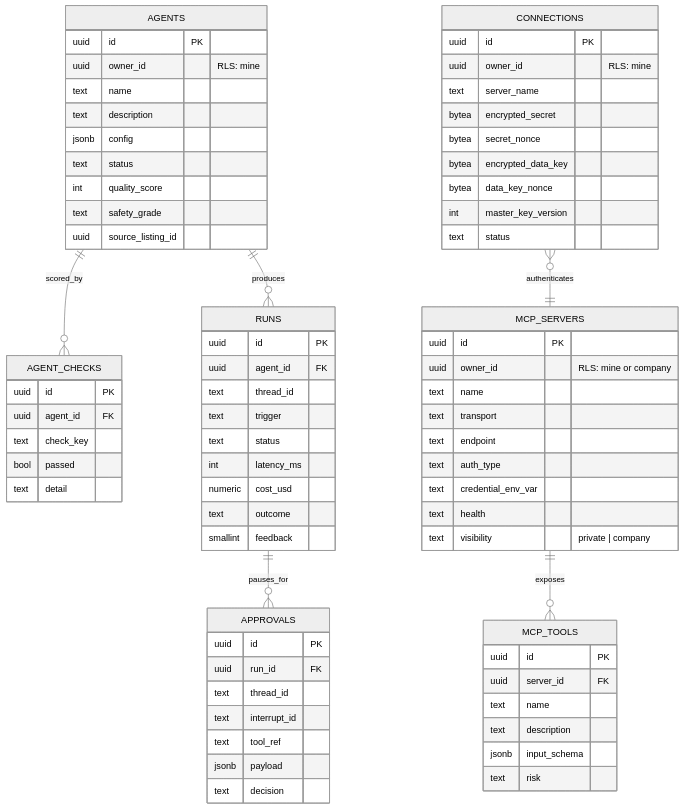
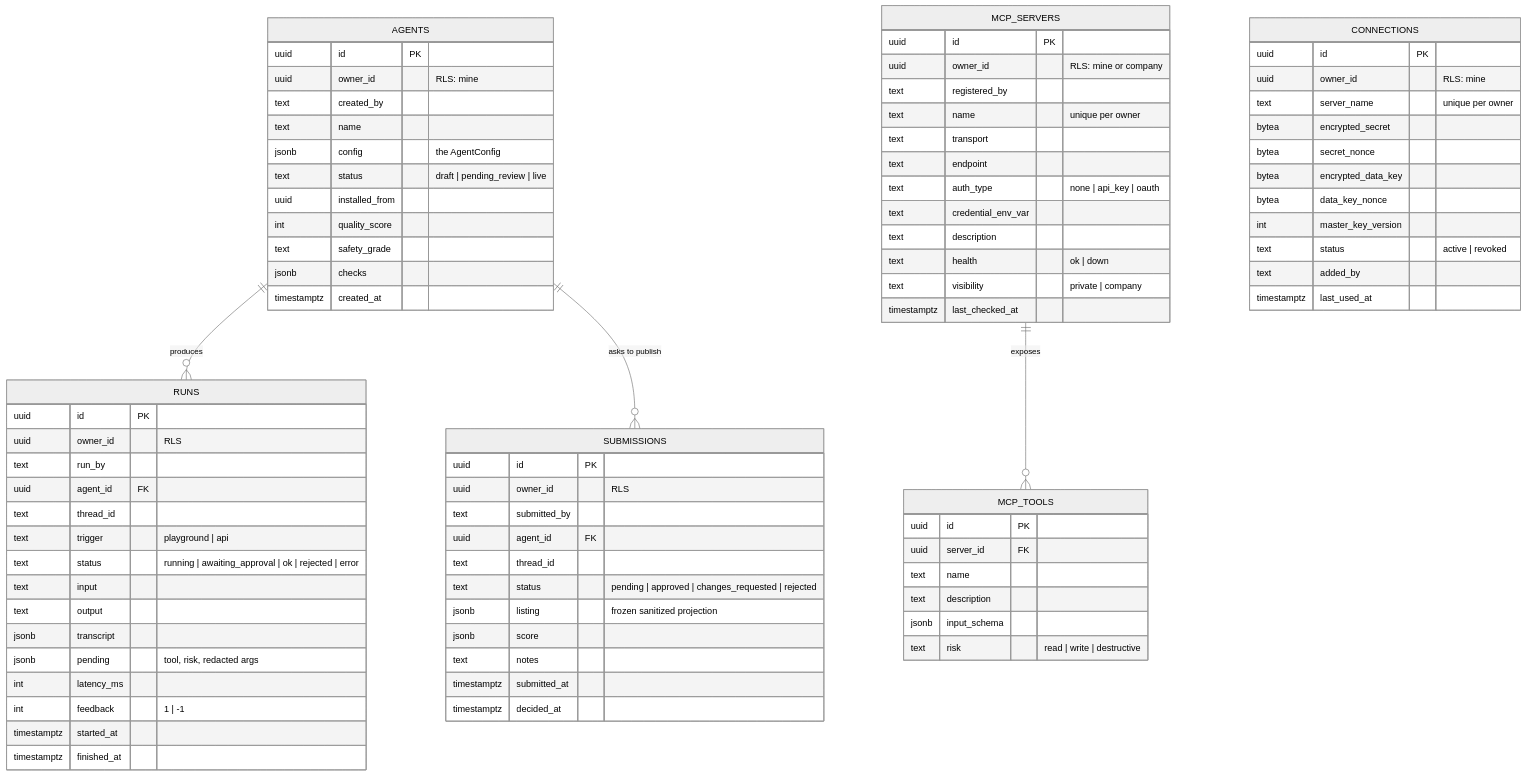
Diagram 11 of 15 in docs/DESIGN.md (Shivanilarokar/AgentPlatformCapstone), drawn with Mermaid (neutral theme) before and after one commit. The commit also changed other lines of this file and 44 other files, not shown here.

Commit message:
Builder says what the registry lacks; company admin shares servers; readable *_by columns; sign-up create/join; docs and report as built

````diff
--- a/docs/DESIGN.md
+++ b/docs/DESIGN.md
@@ -465,77 +385,13 @@
 ```mermaid
 erDiagram
-    AGENTS ||--o{ AGENT_CHECKS : scored_by
     AGENTS ||--o{ RUNS : produces
-    RUNS ||--o{ APPROVALS : pauses_for
+    AGENTS ||--o{ SUBMISSIONS : "asks to publish"
     MCP_SERVERS ||--o{ MCP_TOOLS : exposes
-    CONNECTIONS }o--|| MCP_SERVERS : authenticates
 
-    AGENTS {
-        uuid id PK
-        uuid owner_id "RLS: mine"
-        text name
-        text description
-        jsonb config
-        text status
-        int quality_score
-        text safety_grade
-        uuid source_listing_id
-    }
-    AGENT_CHECKS {
-        uuid id PK
-        uuid agent_id FK
-        text check_key
-        bool passed
-        text detail
-    }
-    RUNS {
-        uuid id PK
-        uuid agent_id FK
-        text thread_id
-        text trigger
-        text status
-        int latency_ms
-        numeric cost_usd
-        text outcome
-        smallint feedback
-    }
-    APPROVALS {
-        uuid id PK
-        uuid run_id FK
-        text thread_id
-        text interrupt_id
-        text tool_ref
-        jsonb payload
-        text decision
-    }
-    CONNECTIONS {
-        uuid id PK
-        uuid owner_id "RLS: mine"
-        text server_name
-        bytea encrypted_secret
-        bytea secret_nonce
-        bytea encrypted_data_key
-        bytea data_key_nonce
-        int master_key_version
-        text status
-    }
-    MCP_SERVERS {
-        uuid id PK
-        uuid owner_id "RLS: mine or company"
-        text name
-        text transport
-        text endpoint
-        text auth_type
-        text credential_env_var
-        text health
-        text visibility "private | company"
-    }
-    MCP_TOOLS {
-        uuid id PK
-        uuid server_id FK
-        text name
-        text description
-        jsonb input_schema
-        text risk
-    }
+    AGENTS { uuid id PK  uuid owner_id "RLS: mine"  text created_by  text name  jsonb config "the AgentConfig"  text status "draft | pending_review | live"  uuid installed_from  int quality_score  text safety_grade  jsonb checks  timestamptz created_at }
+    RUNS { uuid id PK  uuid owner_id "RLS"  text run_by  uuid agent_id FK  text thread_id  text trigger "playground | api"  text status "running | awaiting_approval | ok | rejected | error"  text input  text output  jsonb transcript  jsonb pending "tool, risk, redacted args"  int latency_ms  int feedback "1 | -1"  timestamptz started_at  timestamptz finished_at }
+    SUBMISSIONS { uuid id PK  uuid owner_id "RLS"  text submitted_by  uuid agent_id FK  text thread_id  text status "pending | approved | changes_requested | rejected"  jsonb listing "frozen sanitized projection"  jsonb score  text notes  timestamptz submitted_at  timestamptz decided_at }
+    MCP_SERVERS { uuid id PK  uuid owner_id "RLS: mine or company"  text registered_by  text name "unique per owner"  text transport  text endpoint  text auth_type "none | api_key | oauth"  text credential_env_var  text description  text health "ok | down"  text visibility "private | company"  timestamptz last_checked_at }
+    MCP_TOOLS { uuid id PK  uuid server_id FK  text name  text description  jsonb input_schema  text risk "read | write | destructive" }
+    CONNECTIONS { uuid id PK  uuid owner_id "RLS: mine"  text server_name "unique per owner"  bytea encrypted_secret  bytea secret_nonce  bytea encrypted_data_key  bytea data_key_nonce  int master_key_version  text status "active | revoked"  text added_by  timestamptz last_used_at }
 ```
````
